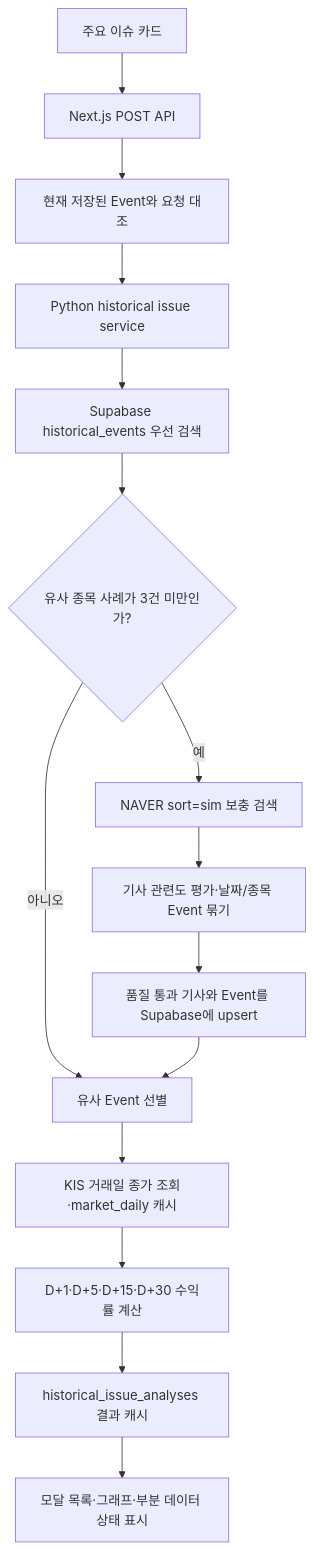
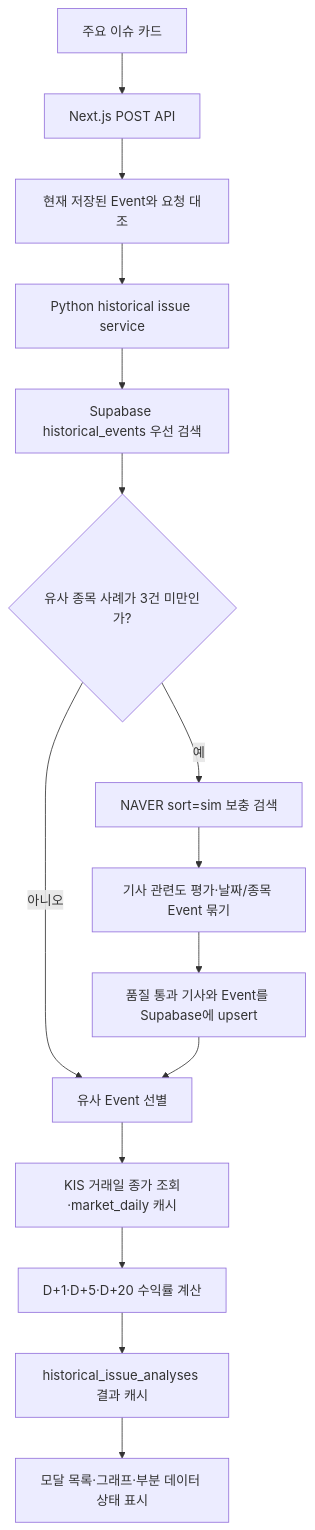
One commit to kimminjunnn/StockEcho changed the diagram in docs/how-it-works/과거_유사_이슈를_찾고_주가를_비교하는_방법.md. Above: the diagram before and after it, drawn with Mermaid. The commit also changed other lines of this file and 29 other files, not shown here.

````diff
--- a/docs/how-it-works/과거_유사_이슈를_찾고_주가를_비교하는_방법.md
+++ b/docs/how-it-works/과거_유사_이슈를_찾고_주가를_비교하는_방법.md
@@ -33,17 +33,17 @@
 ```mermaid
 flowchart TD
     A["주요 이슈 카드"] --> B["Next.js POST API"]
     B --> C["현재 저장된 Event와 요청 대조"]
     C --> D["Python historical issue service"]
     D --> E["Supabase historical_events 우선 검색"]
     E --> F{"유사 종목 사례가 3건 미만인가?"}
     F -- "아니오" --> J["유사 Event 선별"]
     F -- "예" --> G["NAVER sort=sim 보충 검색"]
     G --> H["기사 관련도 평가·날짜/종목 Event 묶기"]
     H --> I["품질 통과 기사와 Event를 Supabase에 upsert"]
     I --> J
     J --> K["KIS 거래일 종가 조회·market_daily 캐시"]
-    K --> L["D+1·D+5·D+15·D+30 수익률 계산"]
+    K --> L["D+1·D+5·D+20 수익률 계산"]
     L --> M["historical_issue_analyses 결과 캐시"]
     M --> N["모달 목록·그래프·부분 데이터 상태 표시"]
 ```
````
